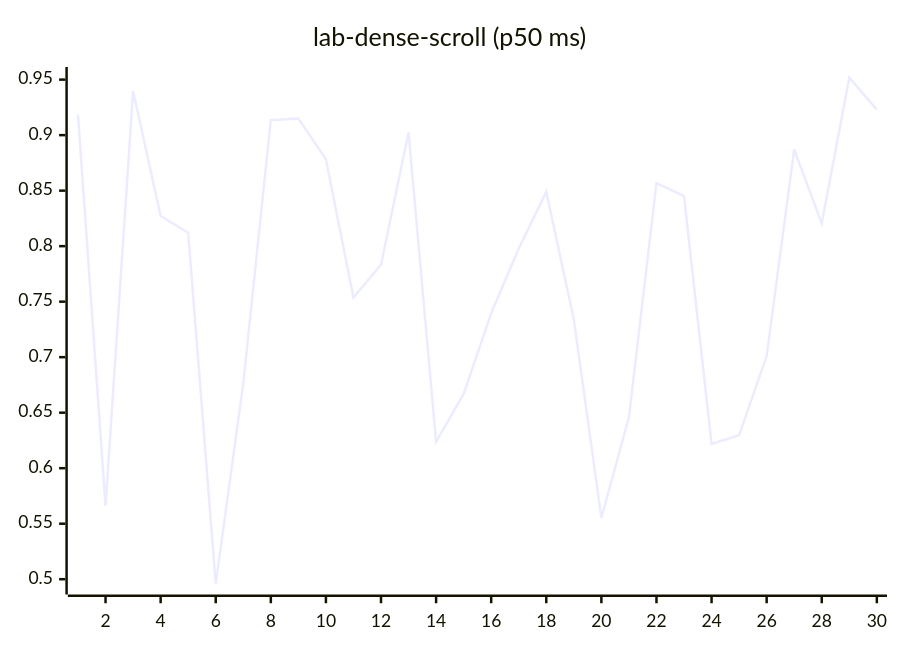
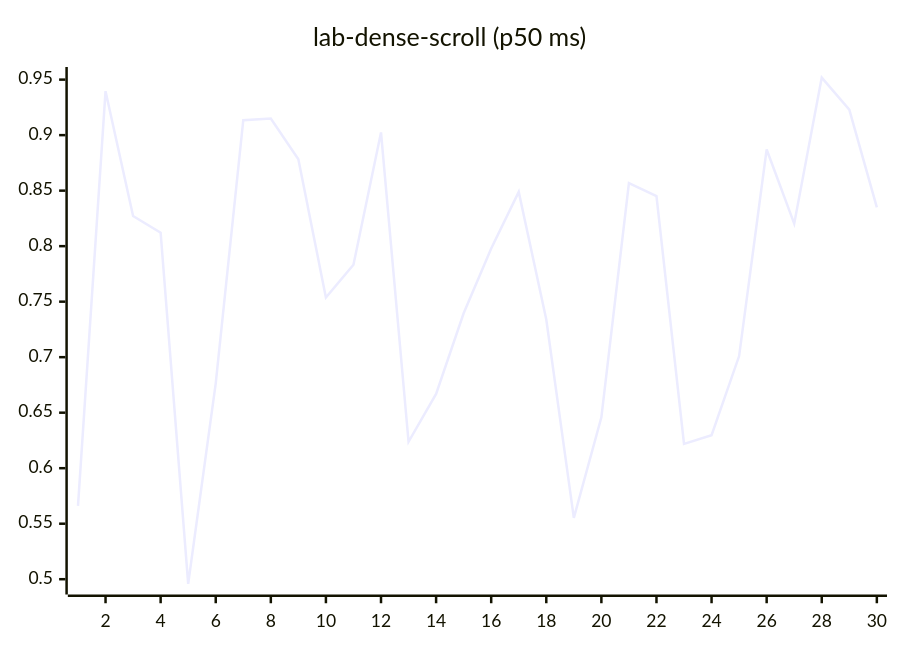
One commit to josha/Facet changed diagram 12 of 27 in README.md. Above: the diagram before and after it, drawn with Mermaid. The commit also changed other lines of this file and 2 other files, not shown here.

````diff
--- a/README.md
+++ b/README.md
@@ -140,6 +140,6 @@
 ```mermaid
 xychart-beta
     title "lab-dense-scroll (p50 ms)"
     x-axis 1 --> 30
-    line [0.9185, 0.5661, 0.9396, 0.8271, 0.8121, 0.4958, 0.6764, 0.9135, 0.9149, 0.8783, 0.7537, 0.7833, 0.9024, 0.6238, 0.6669, 0.7395, 0.7979, 0.8489, 0.7339, 0.5552, 0.6458, 0.8568, 0.8450, 0.6219, 0.6297, 0.7010, 0.8871, 0.8203, 0.9518, 0.9230]
+    line [0.5661, 0.9396, 0.8271, 0.8121, 0.4958, 0.6764, 0.9135, 0.9149, 0.8783, 0.7537, 0.7833, 0.9024, 0.6238, 0.6669, 0.7395, 0.7979, 0.8489, 0.7339, 0.5552, 0.6458, 0.8568, 0.8450, 0.6219, 0.6297, 0.7010, 0.8871, 0.8203, 0.9518, 0.9230, 0.8349]
 ```
````
